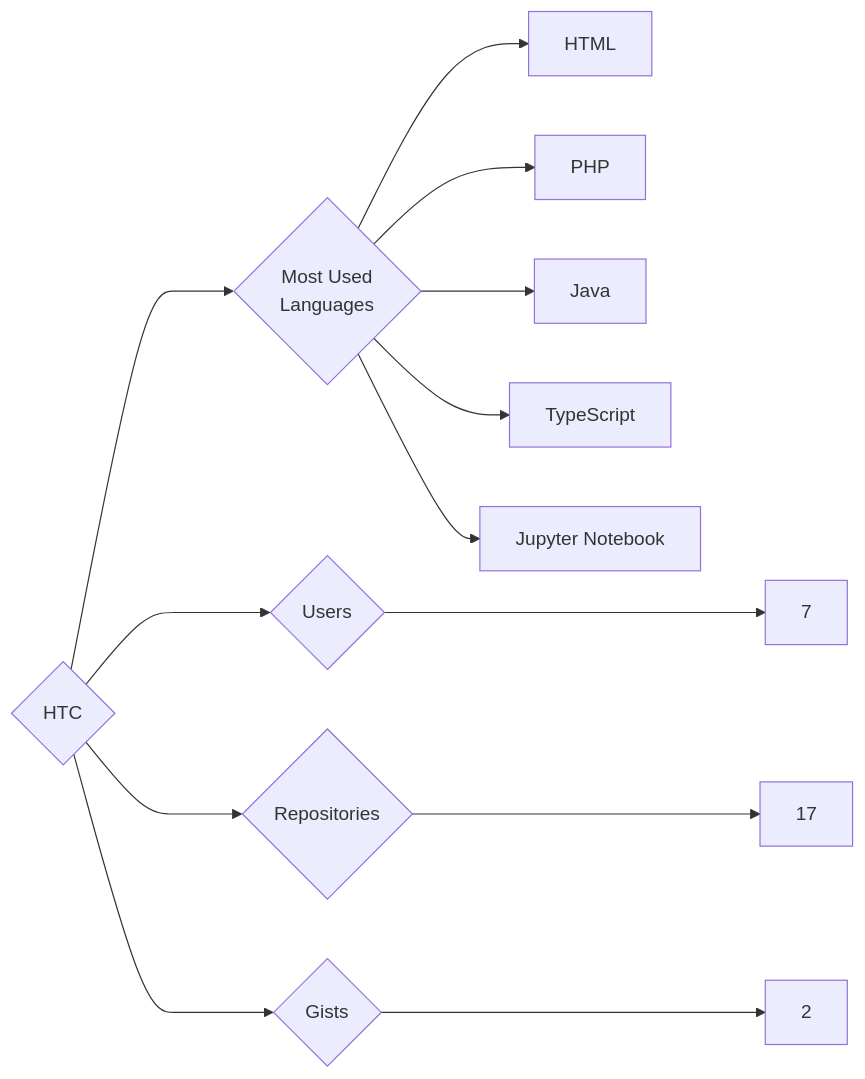
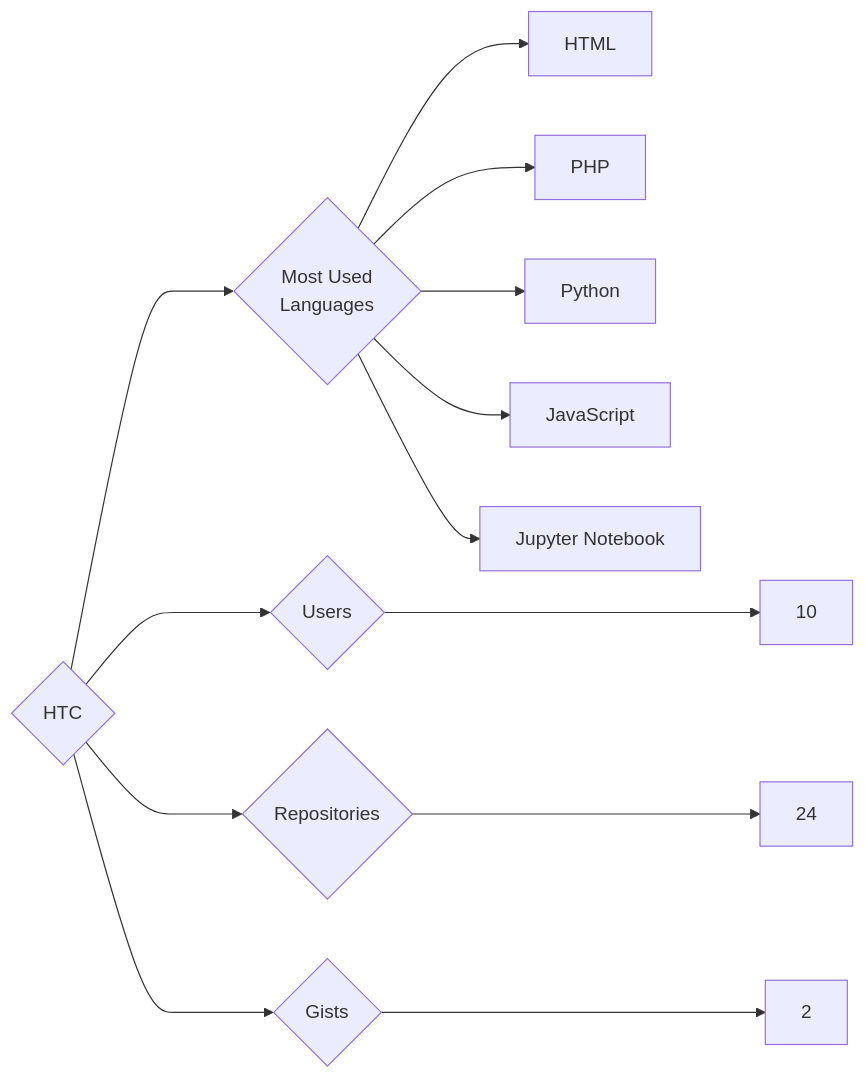
One commit to trickest/insiders changed the diagram in targets/HTC/README.md. Above: the diagram before and after it, drawn with Mermaid. The commit also changed 1123 other files, not shown here.

````diff
--- a/targets/HTC/README.md
+++ b/targets/HTC/README.md
@@ -3,13 +3,13 @@
 ```mermaid
 graph LR
 COMPANY_NAME{HTC}
-COMPANY_NAME ---> U{Users} ---> UN[7]
-COMPANY_NAME ---> R{Repositories} ---> RN[17]
+COMPANY_NAME ---> U{Users} ---> UN[10]
+COMPANY_NAME ---> R{Repositories} ---> RN[24]
 COMPANY_NAME ---> G{Gists} ---> GN[2]
 COMPANY_NAME ---> ML{Most Used<br>Languages}
 ML --> HTML[HTML]
 ML --> PHP[PHP]
-ML --> Java[Java]
-ML --> TypeScript[TypeScript]
+ML --> Python[Python]
+ML --> JavaScript[JavaScript]
 ML --> Jupyter_Notebook[Jupyter Notebook]
 ```
````
